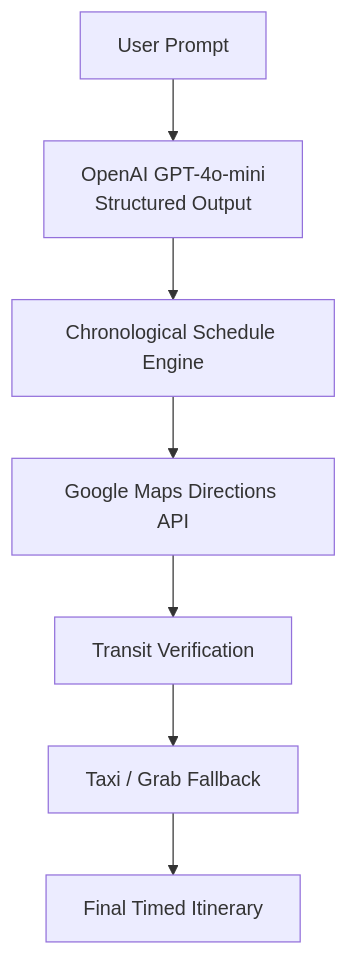
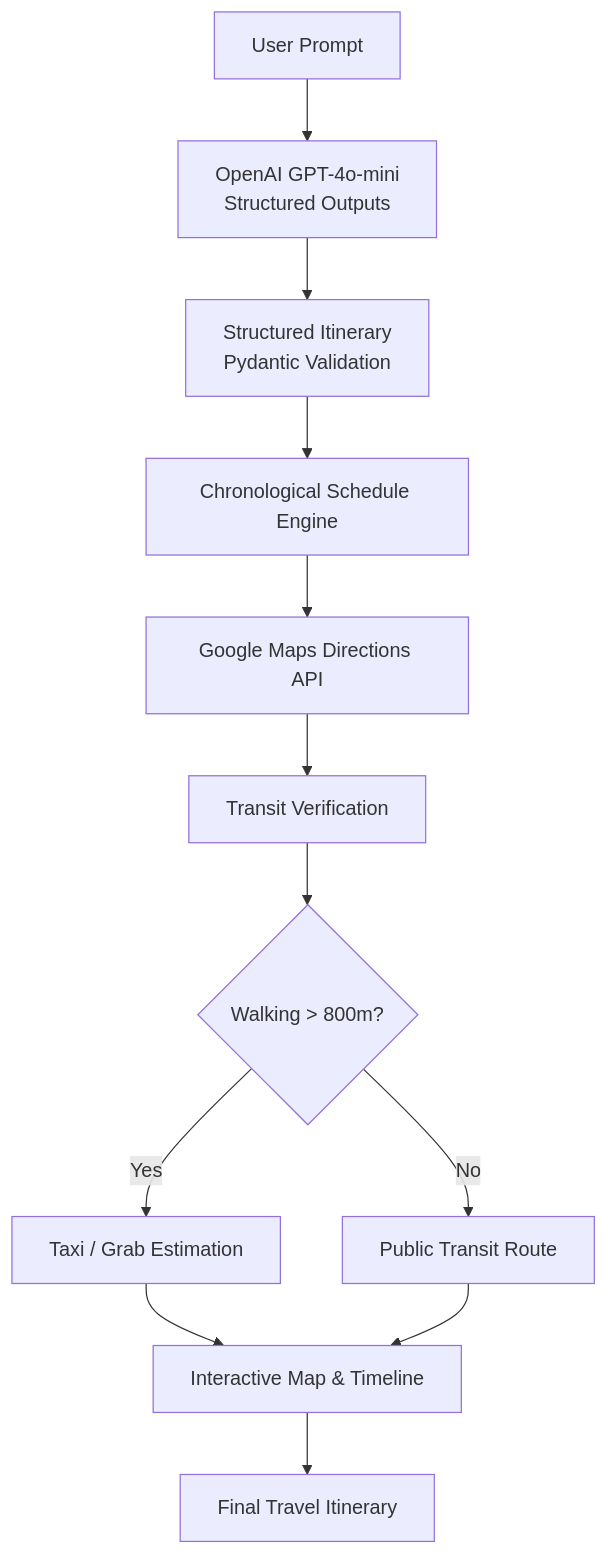
Before and after one commit to Sherlock-YH/DayOutPlanner: the diagram in README.md, drawn with Mermaid. The commit also changed other lines of this file, not shown here.

````diff
--- a/README.md
+++ b/README.md
@@ -52,17 +93,27 @@
 ```mermaid
 flowchart TD
 
 A[User Prompt]
 
-A --> B[OpenAI GPT-4o-mini<br/>Structured Output]
+A --> B[OpenAI GPT-4o-mini<br/>Structured Outputs]
 
-B --> C[Chronological Schedule Engine]
+B --> C[Structured Itinerary<br/>Pydantic Validation]
 
-C --> D[Google Maps Directions API]
+C --> D[Chronological Schedule Engine]
 
-D --> E[Transit Verification]
+D --> E[Google Maps Directions API]
 
-E --> F[Taxi / Grab Fallback]
+E --> F[Transit Verification]
 
-F --> G[Final Timed Itinerary]
+F --> G{Walking > 800m?}
+
+G -->|Yes| H[Taxi / Grab Estimation]
+
+G -->|No| I[Public Transit Route]
+
+H --> J[Interactive Map & Timeline]
+
+I --> J
+
+J --> K[Final Travel Itinerary]
 ```
````
